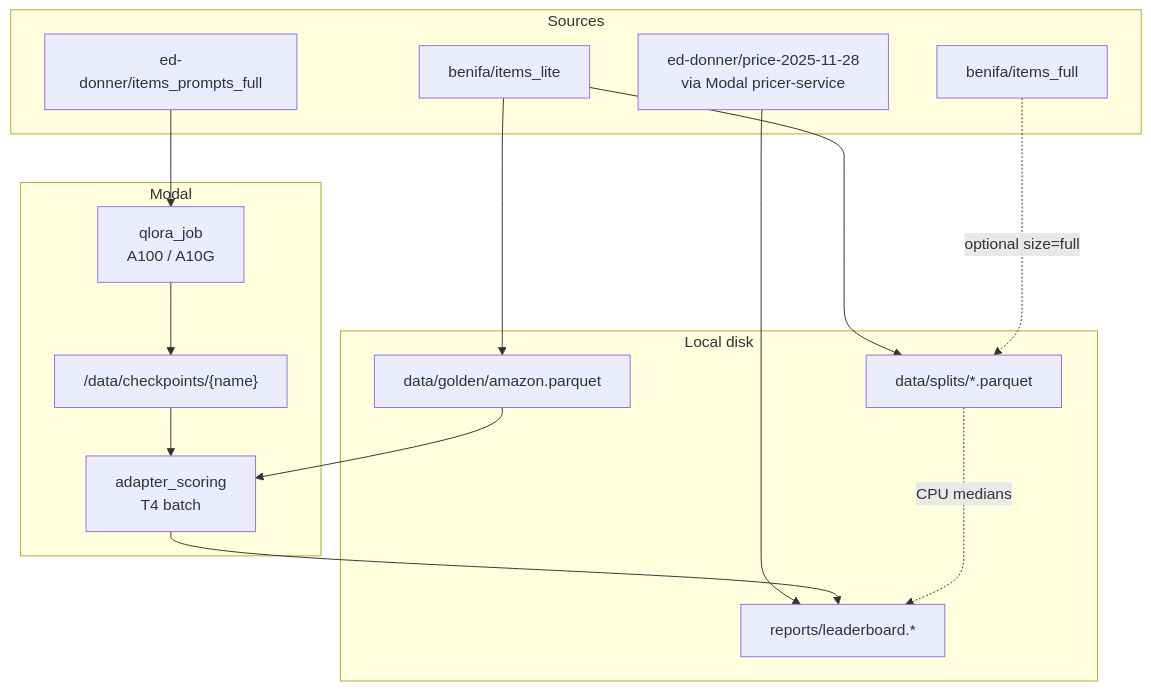
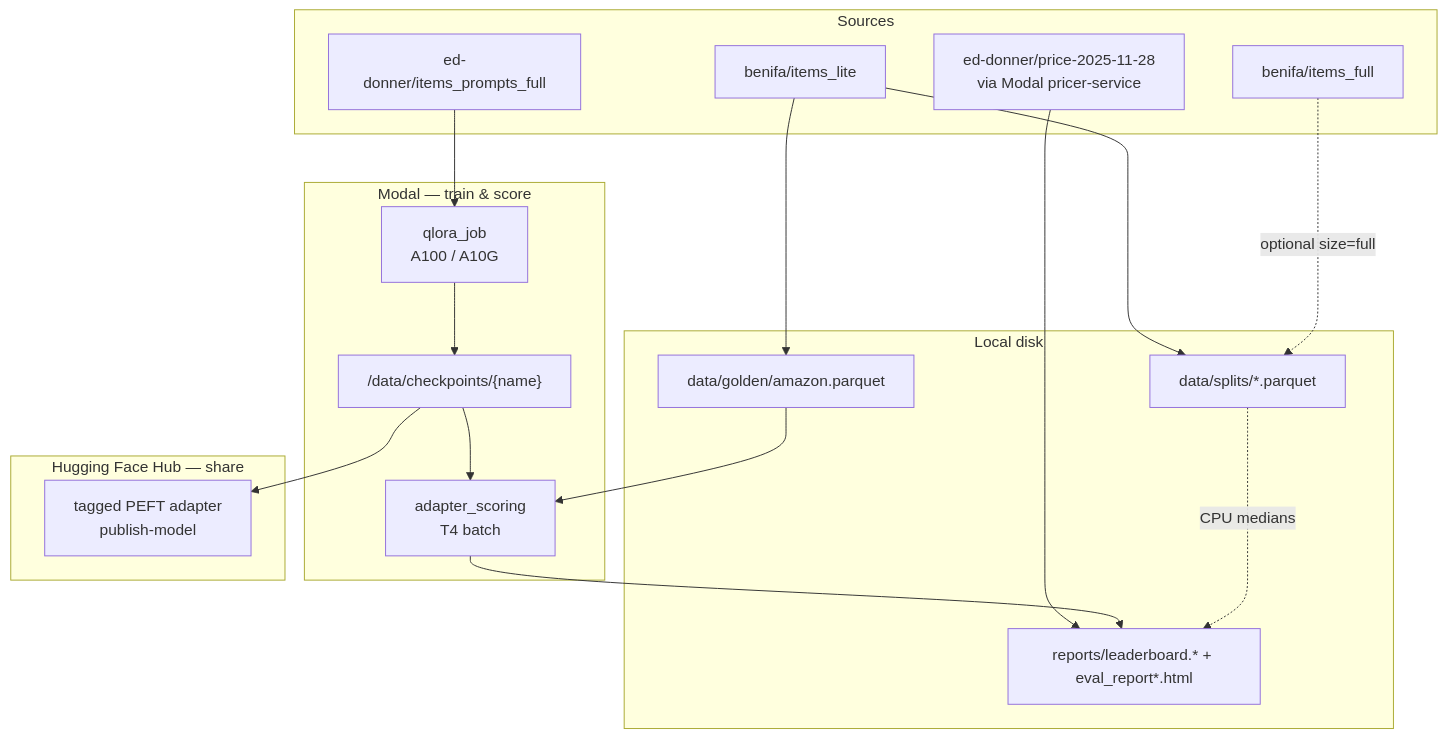
One commit to benifa/price-engine changed the first of 3 diagrams in docs/DESIGN.md. Above: the diagram before and after it, drawn with Mermaid. The commit also changed other lines of this file and 18 other files, not shown here.

Commit message:
Add versioned Hub publish, visual eval reports, and optional Ollama export.

````diff
--- a/docs/DESIGN.md
+++ b/docs/DESIGN.md
@@ -14,32 +28,37 @@
 ```mermaid
 flowchart TB
   subgraph sources["Sources"]
     Lite["benifa/items_lite"]
     Full["benifa/items_full"]
     Prompts["ed-donner/items_prompts_full"]
     Baseline["ed-donner/price-2025-11-28<br/>via Modal pricer-service"]
   end
 
   subgraph local["Local disk"]
     Splits["data/splits/*.parquet"]
     Golden["data/golden/amazon.parquet"]
-    Reports["reports/leaderboard.*"]
+    Reports["reports/leaderboard.* + eval_report*.html"]
   end
 
-  subgraph modal["Modal"]
+  subgraph modal["Modal — train & score"]
     TrainJob["qlora_job<br/>A100 / A10G"]
     Adapter["/data/checkpoints/{name}"]
     ScoreJob["adapter_scoring<br/>T4 batch"]
+  end
+
+  subgraph hub["Hugging Face Hub — share"]
+    Tagged["tagged PEFT adapter<br/>publish-model"]
   end
 
   Lite --> Splits
   Lite --> Golden
   Full -.->|optional size=full| Splits
   Prompts --> TrainJob
   TrainJob --> Adapter
   Golden --> ScoreJob
   Adapter --> ScoreJob
   Baseline --> Reports
   ScoreJob --> Reports
   Splits -.->|CPU medians| Reports
+  Adapter --> Tagged
 ```
````
